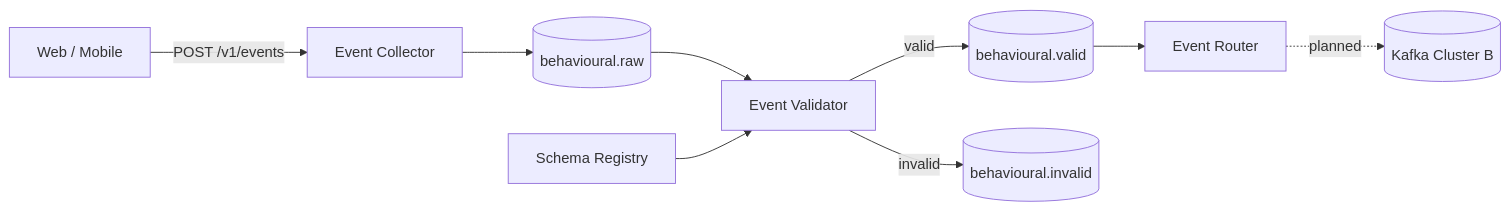
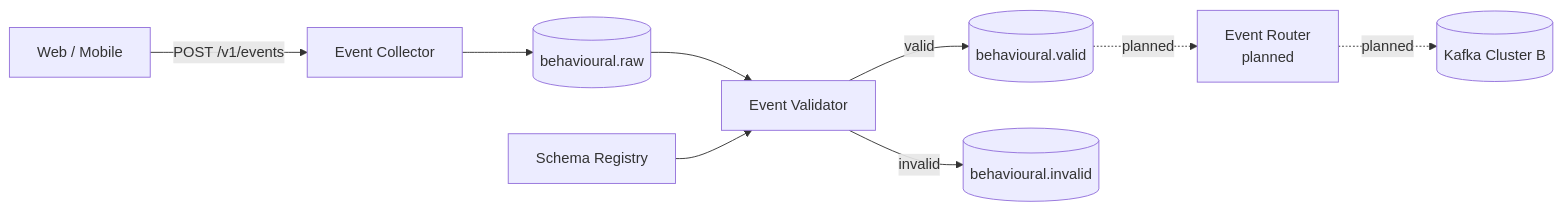
The diagram in README.md (mbelekar/behavioural-event-platform), drawn with Mermaid before and after one commit. The commit also changed other lines of this file and 2 other files, not shown here.

Commit message:
docs: clarify platform metadata on raw events and mark the router as planned

````diff
--- a/README.md
+++ b/README.md
@@ -45,14 +45,14 @@
 ```mermaid
 flowchart LR
     CLIENT[Web / Mobile] -->|POST /v1/events| COLLECTOR[Event Collector]
     COLLECTOR --> RAW[(behavioural.raw)]
 
     RAW --> VALIDATOR[Event Validator]
     REGISTRY[Schema Registry] --> VALIDATOR
 
     VALIDATOR -->|valid| VALID[(behavioural.valid)]
     VALIDATOR -->|invalid| INVALID[(behavioural.invalid)]
 
-    VALID --> ROUTER[Event Router]
+    VALID -. planned .-> ROUTER[Event Router<br/>planned]
     ROUTER -. planned .-> TARGET[(Kafka Cluster B)]
 ```
````
